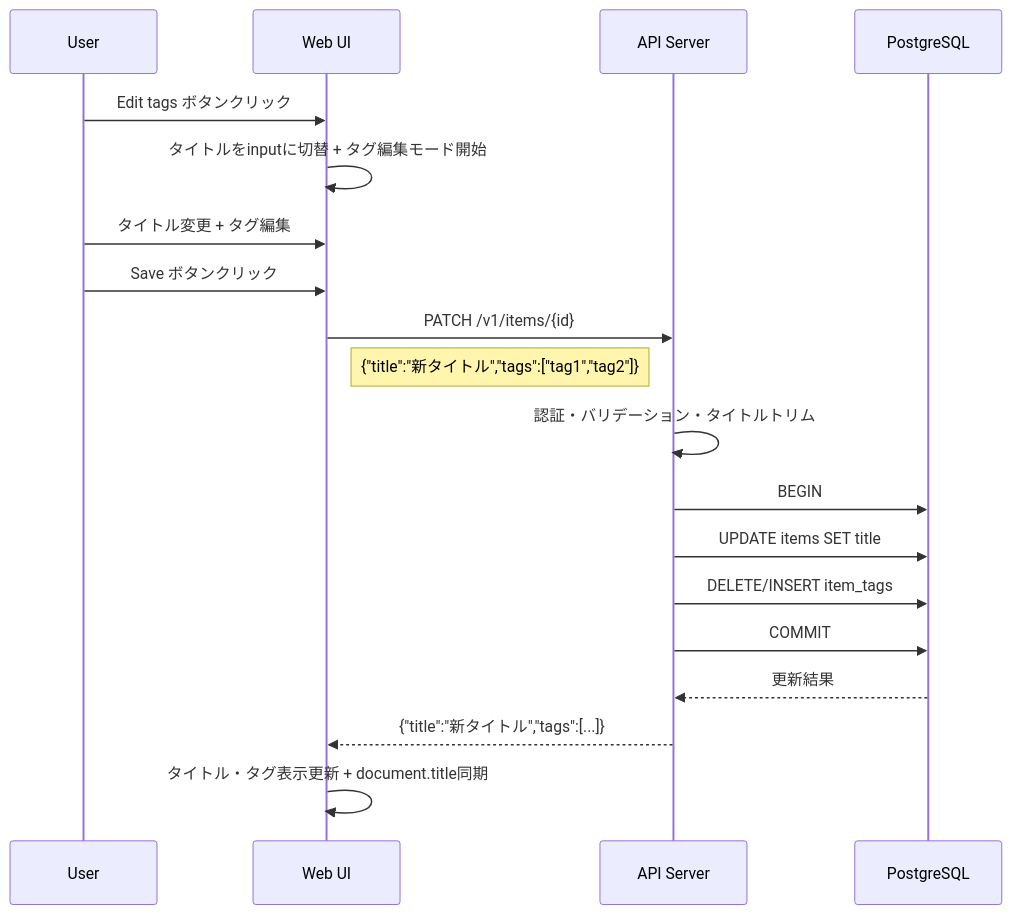
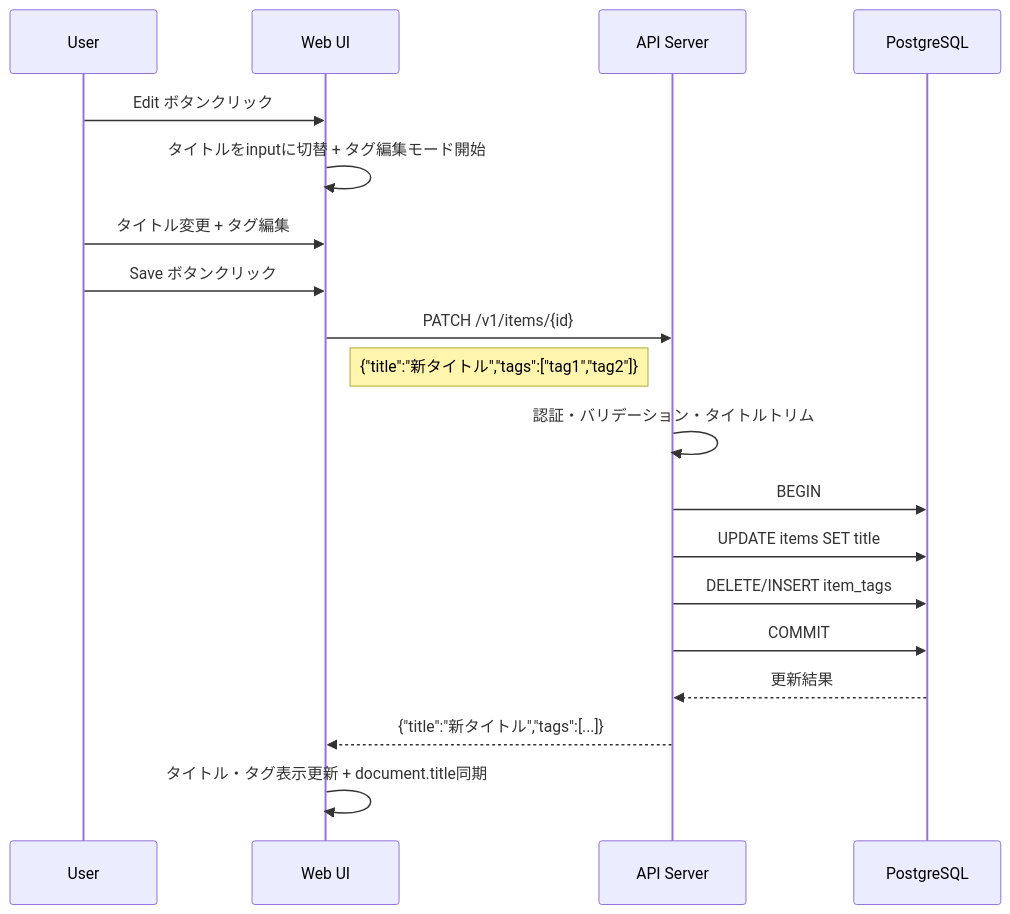
Before and after one commit to hitoshiichikawa/altpocket-server: the diagram in .kiro/specs/item-title-edit/design.md, drawn with Mermaid. The commit also changed other lines of this file and 2 other files, not shown here.

First line of the commit message:
refactor: Edit/Saveボタンのキャプションを簡潔な表記に変更

````diff
--- a/.kiro/specs/item-title-edit/design.md
+++ b/.kiro/specs/item-title-edit/design.md
@@ -36,22 +36,22 @@
 ```mermaid
 sequenceDiagram
     participant User
     participant Browser as Web UI
     participant API as API Server
     participant DB as PostgreSQL
 
-    User->>Browser: Edit tags ボタンクリック
+    User->>Browser: Edit ボタンクリック
     Browser->>Browser: タイトルをinputに切替 + タグ編集モード開始
     User->>Browser: タイトル変更 + タグ編集
     User->>Browser: Save ボタンクリック
     Browser->>API: PATCH /v1/items/{id}
     Note right of Browser: {"title":"新タイトル","tags":["tag1","tag2"]}
     API->>API: 認証・バリデーション・タイトルトリム
     API->>DB: BEGIN
     API->>DB: UPDATE items SET title
     API->>DB: DELETE/INSERT item_tags
     API->>DB: COMMIT
     DB-->>API: 更新結果
     API-->>Browser: {"title":"新タイトル","tags":[...]}
     Browser->>Browser: タイトル・タグ表示更新 + document.title同期
 ```
````
